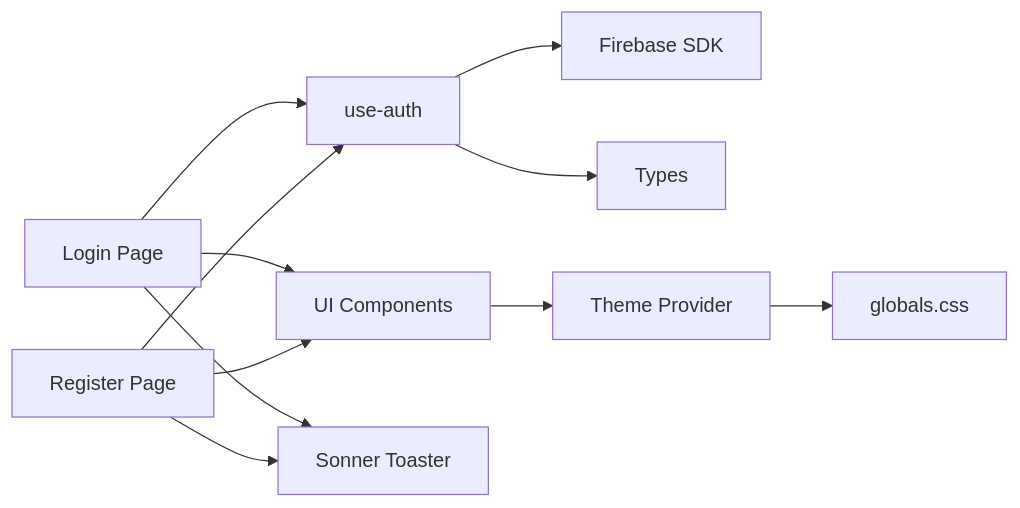
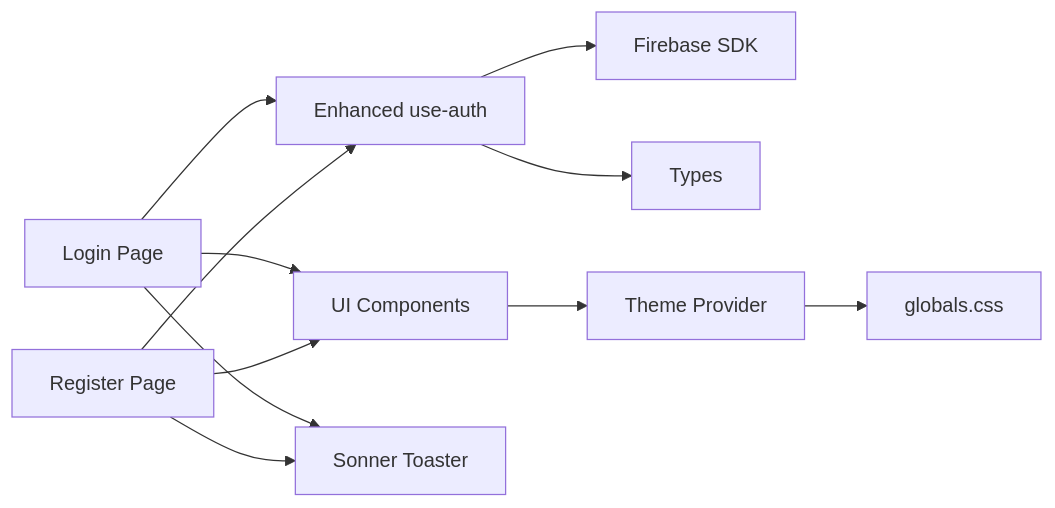
Before and after one commit to alikizang/datafrica: the third of 4 diagrams in .qoder/repowiki/en/content/Authentication System/Authentication UI Components.md, drawn with Mermaid. The commit also changed other lines of this file and 21 other files, not shown here.

````diff
--- a/.qoder/repowiki/en/content/Authentication System/Authentication UI Components.md
+++ b/.qoder/repowiki/en/content/Authentication System/Authentication UI Components.md
@@ -304,13 +335,13 @@
 ```mermaid
 graph LR
-LP["Login Page"] --> UA["use-auth"]
+LP["Login Page"] --> UA["Enhanced use-auth"]
 RP["Register Page"] --> UA
 UA --> FB["Firebase SDK"]
 UA --> Types["Types"]
 LP --> UI["UI Components"]
 RP --> UI
 UI --> Theme["Theme Provider"]
 Theme --> CSS["globals.css"]
 LP --> Toast["Sonner Toaster"]
 RP --> Toast
 ```
````
